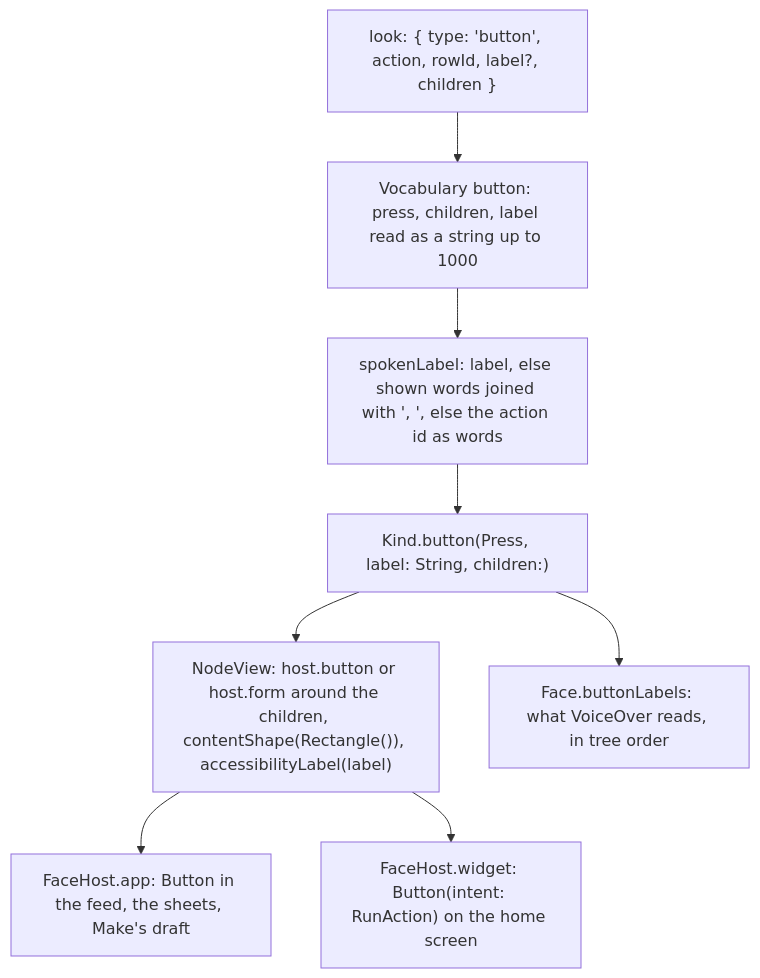
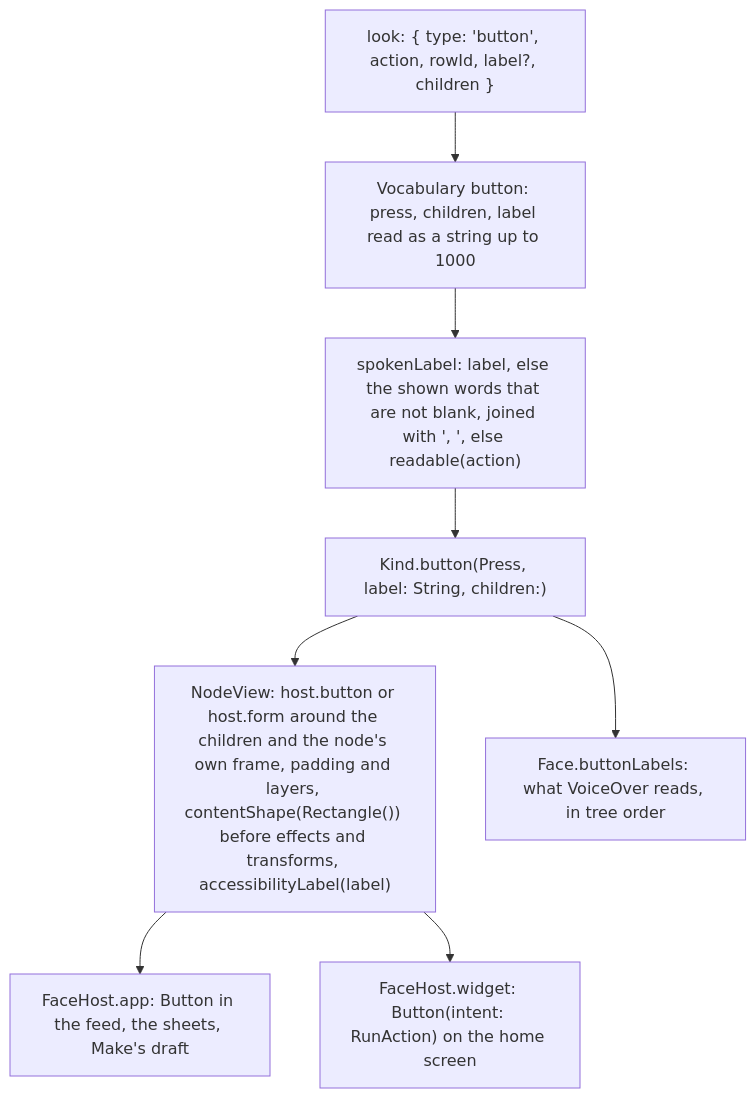
The first of 5 diagrams in docs/pr/20-app-shell-u5-polish.md (Krutik460/Widgie), drawn with Mermaid before and after one commit. The commit also changed other lines of this file and 1 other file, not shown here.

````diff
--- a/docs/pr/20-app-shell-u5-polish.md
+++ b/docs/pr/20-app-shell-u5-polish.md
@@ -16,10 +18,10 @@
 ```mermaid
 flowchart TD
   LOOK["look: { type: 'button', action, rowId, label?, children }"] --> PARSE["Vocabulary button: press, children, label read as a string up to 1000"]
-  PARSE --> SPOKEN["spokenLabel: label, else shown words joined with ', ', else the action id as words"]
+  PARSE --> SPOKEN["spokenLabel: label, else the shown words that are not blank, joined with ', ', else readable(action)"]
   SPOKEN --> KIND["Kind.button(Press, label: String, children:)"]
-  KIND --> RENDER["NodeView: host.button or host.form around the children, contentShape(Rectangle()), accessibilityLabel(label)"]
+  KIND --> RENDER["NodeView: host.button or host.form around the children and the node's own frame, padding and layers, contentShape(Rectangle()) before effects and transforms, accessibilityLabel(label)"]
   RENDER --> APP["FaceHost.app: Button in the feed, the sheets, Make's draft"]
   RENDER --> WIDGET["FaceHost.widget: Button(intent: RunAction) on the home screen"]
   KIND --> READ["Face.buttonLabels: what VoiceOver reads, in tree order"]
 ```
````
